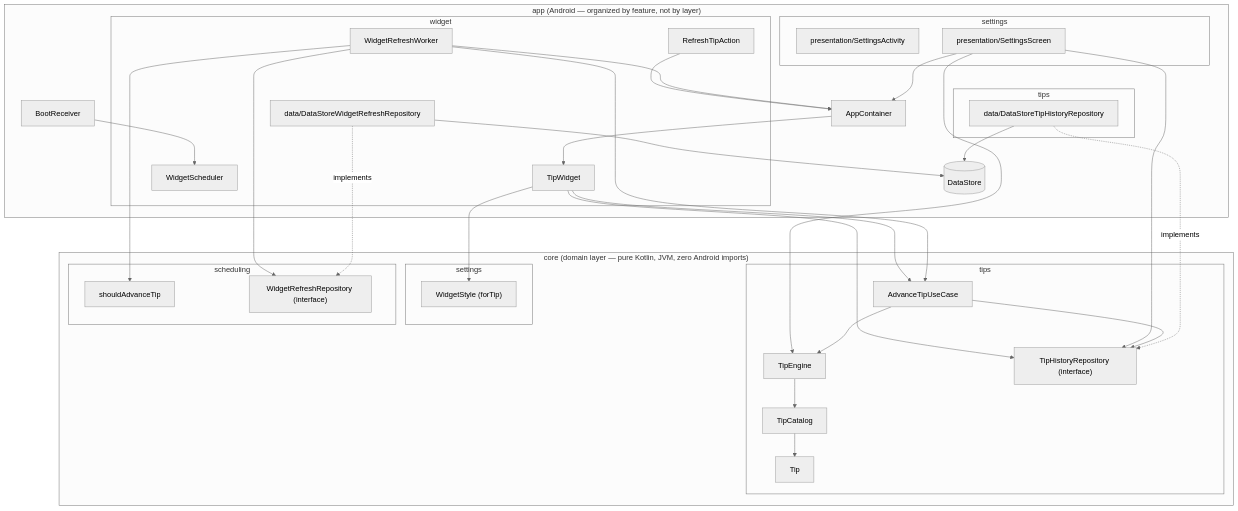
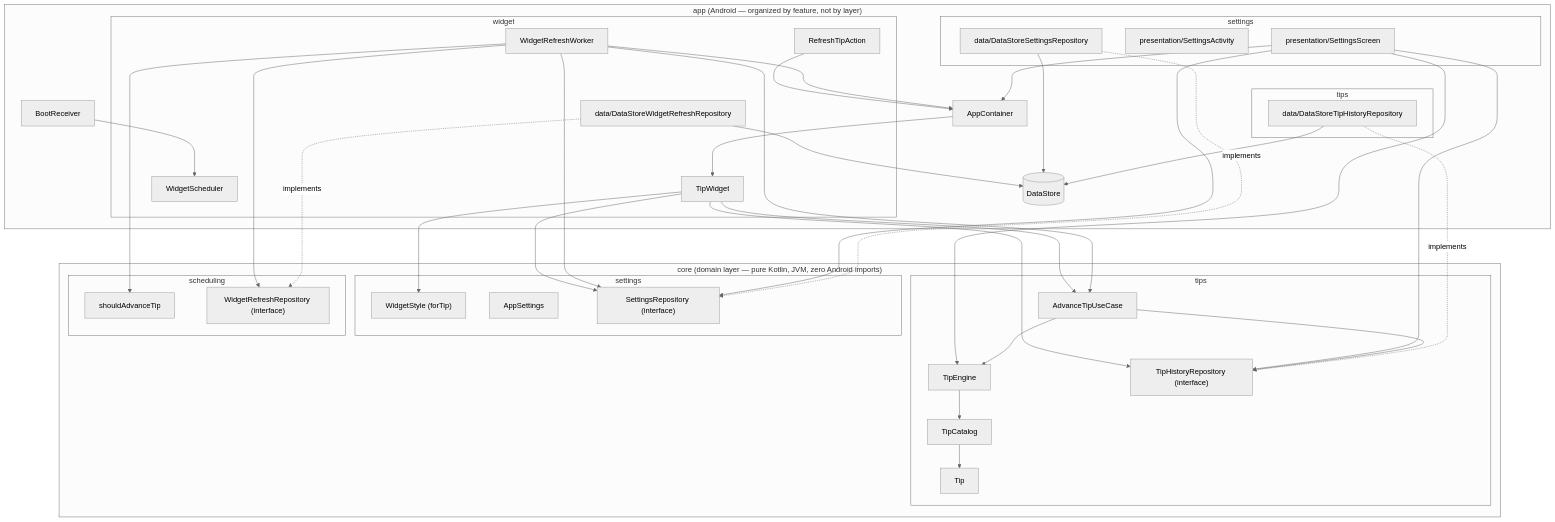
One commit to alexanderkova033/health-widget changed the diagram in README.md. Above: the diagram before and after it, drawn with Mermaid (neutral theme). The commit also changed other lines of this file and 15 other files, not shown here.

````diff
--- a/README.md
+++ b/README.md
@@ -74,64 +75,72 @@
 ```mermaid
 graph TD
     subgraph core["core (domain layer — pure Kotlin, JVM, zero Android imports)"]
         subgraph coreTips["tips"]
             Tip
             TipEngine
             TipCatalog
             TipHistoryRepository["TipHistoryRepository (interface)"]
             AdvanceTipUseCase
         end
         subgraph coreSettings["settings"]
             WidgetStyle["WidgetStyle (forTip)"]
+            AppSettings
+            SettingsRepository["SettingsRepository (interface)"]
         end
         subgraph coreScheduling["scheduling"]
             TipRefreshSchedule["shouldAdvanceTip"]
             WidgetRefreshRepository["WidgetRefreshRepository (interface)"]
         end
     end
 
     subgraph app["app (Android — organized by feature, not by layer)"]
         subgraph settingsFeature["settings"]
+            DataStoreSettingsRepository["data/DataStoreSettingsRepository"]
             SettingsActivity["presentation/SettingsActivity"]
             SettingsScreen["presentation/SettingsScreen"]
         end
         subgraph tipsFeature["tips"]
             DataStoreTipHistoryRepository["data/DataStoreTipHistoryRepository"]
         end
         subgraph widget["widget"]
             TipWidget
             RefreshTipAction
             WidgetRefreshWorker
             WidgetScheduler
             DataStoreWidgetRefreshRepository["data/DataStoreWidgetRefreshRepository"]
         end
         AppContainer
         BootReceiver
         DataStore[("DataStore<Preferences>")]
     end
 
     DataStoreTipHistoryRepository -.implements.-> TipHistoryRepository
     DataStoreWidgetRefreshRepository -.implements.-> WidgetRefreshRepository
+    DataStoreSettingsRepository -.implements.-> SettingsRepository
     DataStoreTipHistoryRepository --> DataStore
     DataStoreWidgetRefreshRepository --> DataStore
+    DataStoreSettingsRepository --> DataStore
     TipCatalog --> Tip
     TipEngine --> TipCatalog
     AdvanceTipUseCase --> TipEngine
     AdvanceTipUseCase --> TipHistoryRepository
 
     SettingsScreen --> TipHistoryRepository
     SettingsScreen --> TipEngine
+    SettingsScreen --> SettingsRepository
     SettingsScreen --> AppContainer
 
     WidgetRefreshWorker --> AdvanceTipUseCase
     WidgetRefreshWorker --> TipRefreshSchedule
     WidgetRefreshWorker --> WidgetRefreshRepository
+    WidgetRefreshWorker --> SettingsRepository
     WidgetRefreshWorker --> AppContainer
     RefreshTipAction --> AppContainer
     TipWidget --> AdvanceTipUseCase
     TipWidget --> TipHistoryRepository
+    TipWidget --> SettingsRepository
     TipWidget --> WidgetStyle
     AppContainer --> TipWidget
 
     BootReceiver --> WidgetScheduler
 ```
````
